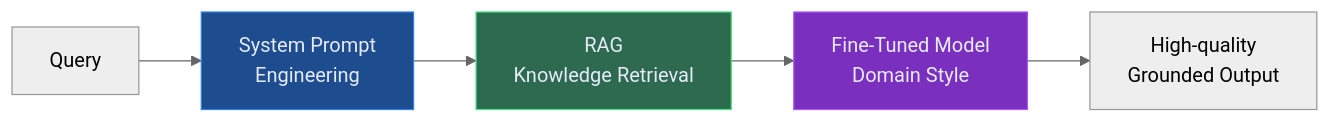
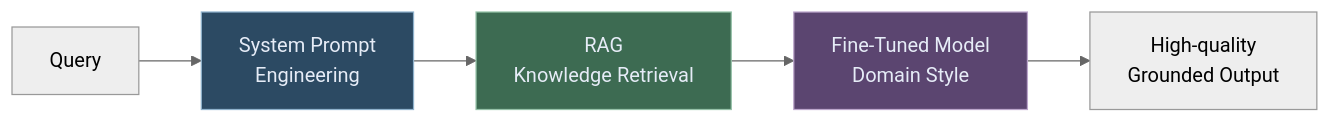
One commit to lorvexai/lorvexai changed the sixth of 6 diagrams in blog/fine-tuning-vs-rag-vs-prompting.md. Above: the diagram before and after it, drawn with Mermaid (neutral theme). The commit also changed other lines of this file and 16 other files, not shown here.

First line of the commit message:
Retune hardcoded Mermaid node colors to match the site palette

````diff
--- a/blog/fine-tuning-vs-rag-vs-prompting.md
+++ b/blog/fine-tuning-vs-rag-vs-prompting.md
@@ -224,11 +224,11 @@
 ```mermaid
 flowchart LR
     Q[Query] --> SP[System Prompt\nEngineering]
     SP --> RAG[RAG\nKnowledge Retrieval]
     RAG --> FT[Fine-Tuned Model\nDomain Style]
     FT --> O[High-quality\nGrounded Output]
 
-    style SP fill:#1D4C8F,stroke:#2F80ED,color:#E6ECF7
-    style RAG fill:#2D6A4F,stroke:#4ade80,color:#E6ECF7
-    style FT fill:#7B2FBE,stroke:#a855f7,color:#E6ECF7
+    style SP fill:#2C4A63,stroke:#8FB2CC,color:#E6ECF7
+    style RAG fill:#3D6B52,stroke:#95C2A8,color:#E6ECF7
+    style FT fill:#5B4570,stroke:#BCA6CC,color:#E6ECF7
 ```
````
